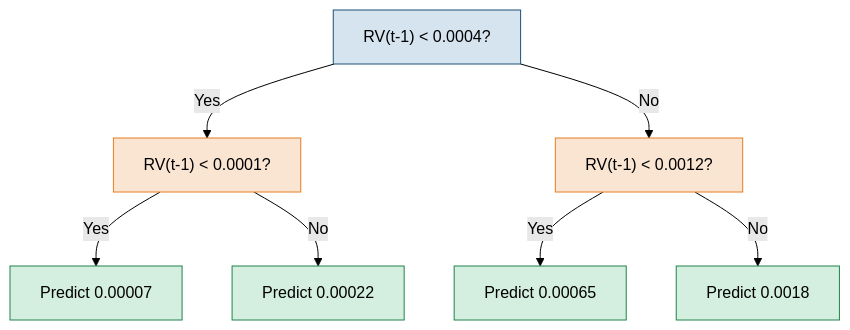
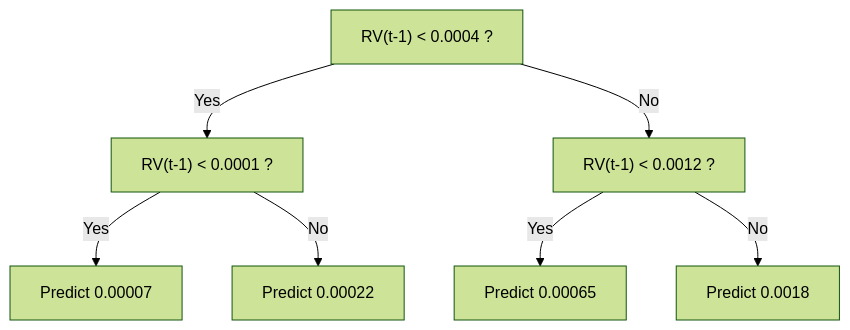
One commit to xRyann2255/ML-GS changed the second of 4 diagrams in vol-learning-guide/markdown/ch11-tree-methods-vol.md. Above: the diagram before and after it, drawn with Mermaid (forest theme). The commit also changed other lines of this file and 19 other files, not shown here.

````diff
--- a/vol-learning-guide/markdown/ch11-tree-methods-vol.md
+++ b/vol-learning-guide/markdown/ch11-tree-methods-vol.md
@@ -387,22 +167,10 @@
 ```mermaid
 flowchart TD
-    root["RV(t-1) &lt; 0.0004?"]
-    n1["RV(t-1) &lt; 0.0001?"]
-    n2["RV(t-1) &lt; 0.0012?"]
-    l1["Predict 0.00007"]
-    l2["Predict 0.00022"]
-    l3["Predict 0.00065"]
-    l4["Predict 0.0018"]
-    root -- Yes --> n1
-    root -- No --> n2
-    n1 -- Yes --> l1
-    n1 -- No --> l2
-    n2 -- Yes --> l3
-    n2 -- No --> l4
-    classDef split fill:#d6e4f0,stroke:#1a5276;
-    classDef mid fill:#fae5d3,stroke:#e67e22;
-    classDef leaf fill:#d4efdf,stroke:#1e8449;
-    class root split;
-    class n1,n2 mid;
-    class l1,l2,l3,l4 leaf;
+  root["RV(t-1) < 0.0004 ?"]
+  root -- "Yes" --> n1["RV(t-1) < 0.0001 ?"]
+  root -- "No" --> n2["RV(t-1) < 0.0012 ?"]
+  n1 -- "Yes" --> l1["Predict 0.00007"]
+  n1 -- "No" --> l2["Predict 0.00022"]
+  n2 -- "Yes" --> l3["Predict 0.00065"]
+  n2 -- "No" --> l4["Predict 0.0018"]
 ```
````
